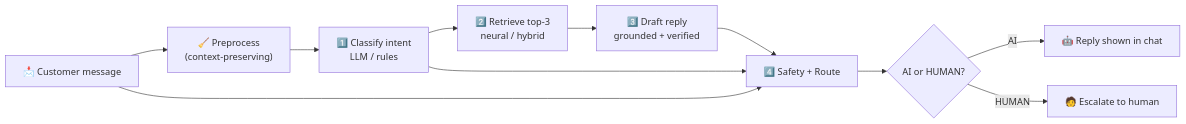
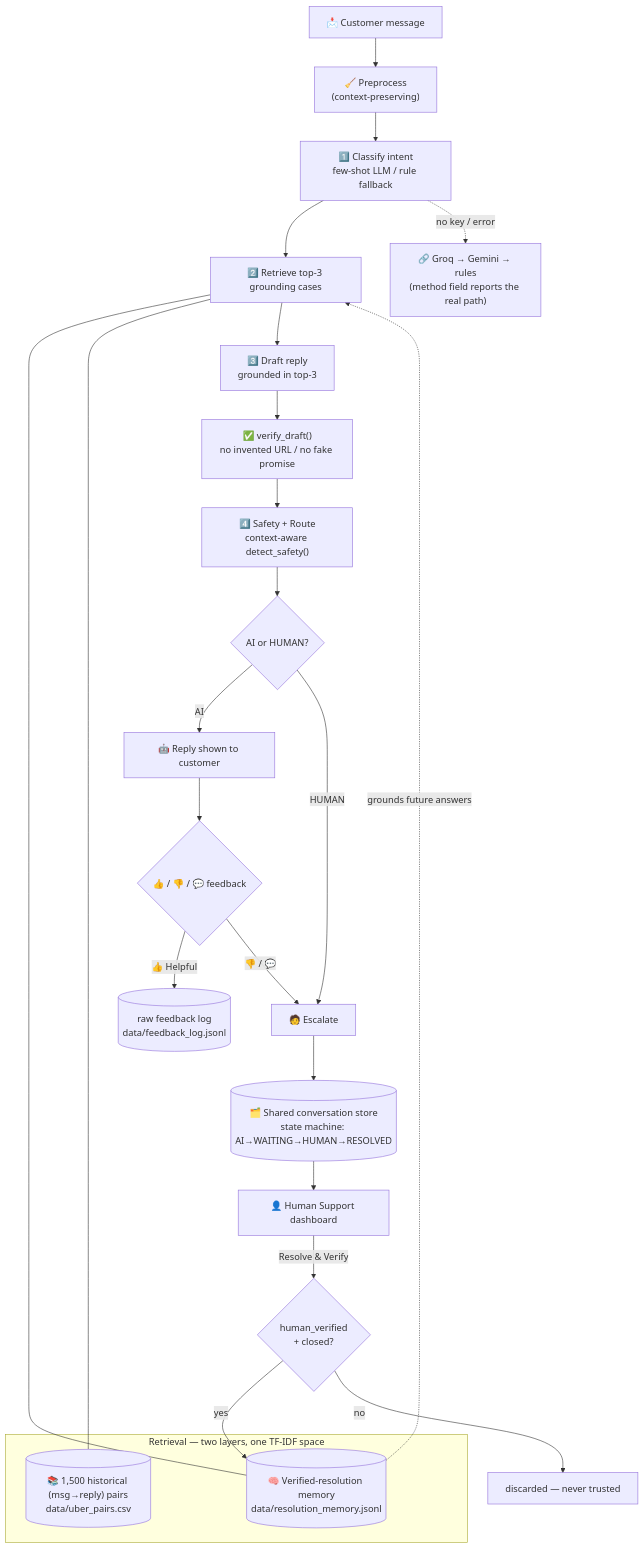
One commit to sreyadattagupta/hiver-SDE-intern-Assignment changed the first of 3 diagrams in README.md. Above: the diagram before and after it, drawn with Mermaid. The commit also changed other lines of this file and 35 other files, not shown here.

First line of the commit message:
feat: human-in-the-loop support and verified-resolution feedback learning

````diff
--- a/README.md
+++ b/README.md
@@ -95,13 +82,32 @@
 ```mermaid
-flowchart LR
-    U["📩 Customer message"] --> P["🧹 Preprocess<br/>(context-preserving)"]
-    P --> C["1️⃣ Classify intent<br/>LLM / rules"]
-    C --> R["2️⃣ Retrieve top-3<br/>neural / hybrid"]
-    R --> D["3️⃣ Draft reply<br/>grounded + verified"]
-    C --> RT["4️⃣ Safety + Route"]
-    U --> RT
-    D --> RT
-    RT --> OUT{"AI or HUMAN?"}
-    OUT -->|AI| A["🤖 Reply shown in chat"]
-    OUT -->|HUMAN| H["🧑 Escalate to human"]
+flowchart TD
+    U["📩 Customer message"] --> PRE["🧹 Preprocess<br/>(context-preserving)"]
+    PRE --> C["1️⃣ Classify intent<br/>few-shot LLM / rule fallback"]
+    C --> R["2️⃣ Retrieve top-3 grounding cases"]
+
+    subgraph RET["Retrieval — two layers, one TF-IDF space"]
+      MEM[("🧠 Verified-resolution memory<br/>data/resolution_memory.jsonl")]
+      HIST[("📚 1,500 historical (msg→reply) pairs<br/>data/uber_pairs.csv")]
+    end
+    R --- MEM
+    R --- HIST
+
+    R --> D["3️⃣ Draft reply<br/>grounded in top-3"]
+    D --> V["✅ verify_draft()<br/>no invented URL / no fake promise"]
+    V --> S["4️⃣ Safety + Route<br/>context-aware detect_safety()"]
+    S --> DEC{"AI or HUMAN?"}
+    DEC -->|AI| AIOUT["🤖 Reply shown to customer"]
+    DEC -->|HUMAN| ESC["🧑 Escalate"]
+
+    AIOUT --> FB{"👍 / 👎 / 💬 feedback"}
+    FB -->|👍 Helpful| LOG[("raw feedback log<br/>data/feedback_log.jsonl")]
+    FB -->|👎 / 💬| ESC
+    ESC --> STORE[("🗂️ Shared conversation store<br/>state machine: AI→WAITING→HUMAN→RESOLVED")]
+    STORE --> ADMIN["👤 Human Support dashboard"]
+    ADMIN -->|Resolve & Verify| GATE{"human_verified<br/>+ closed?"}
+    GATE -->|yes| MEM
+    GATE -->|no| DROP["discarded — never trusted"]
+    MEM -. grounds future answers .-> R
+
+    C -. no key / error .-> LLMF["🔗 Groq → Gemini → rules<br/>(method field reports the real path)"]
 ```
````
